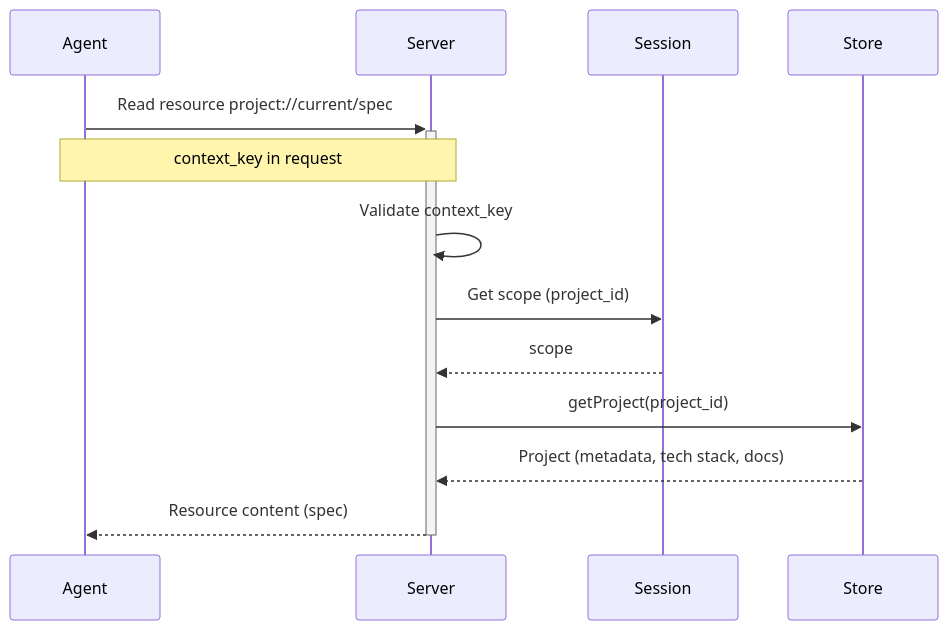
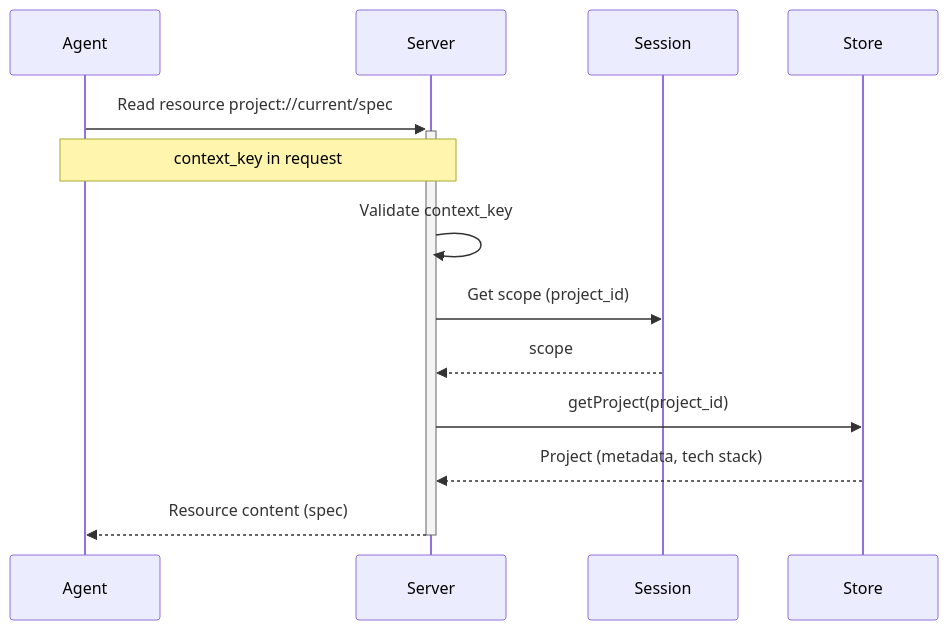
Diagram 26 of 30 in docs/10-mcp-endpoint-diagrams.md (sharpninja/project-mcp), drawn with Mermaid before and after one commit. The commit also changed other lines of this file and 19 other files, not shown here.

````diff
--- a/docs/10-mcp-endpoint-diagrams.md
+++ b/docs/10-mcp-endpoint-diagrams.md
@@ -653,16 +542,16 @@
 ```mermaid
 sequenceDiagram
   participant Agent
   participant Server
   participant Session
   participant Store
 
   Agent->>+Server: Read resource project://current/spec
   Note over Agent,Server: context_key in request
   Server->>Server: Validate context_key
   Server->>Session: Get scope (project_id)
   Session-->>Server: scope
   Server->>Store: getProject(project_id)
-  Store-->>Server: Project (metadata, tech stack, docs)
+  Store-->>Server: Project (metadata, tech stack)
   Server-->>-Agent: Resource content (spec)
 ```
````
